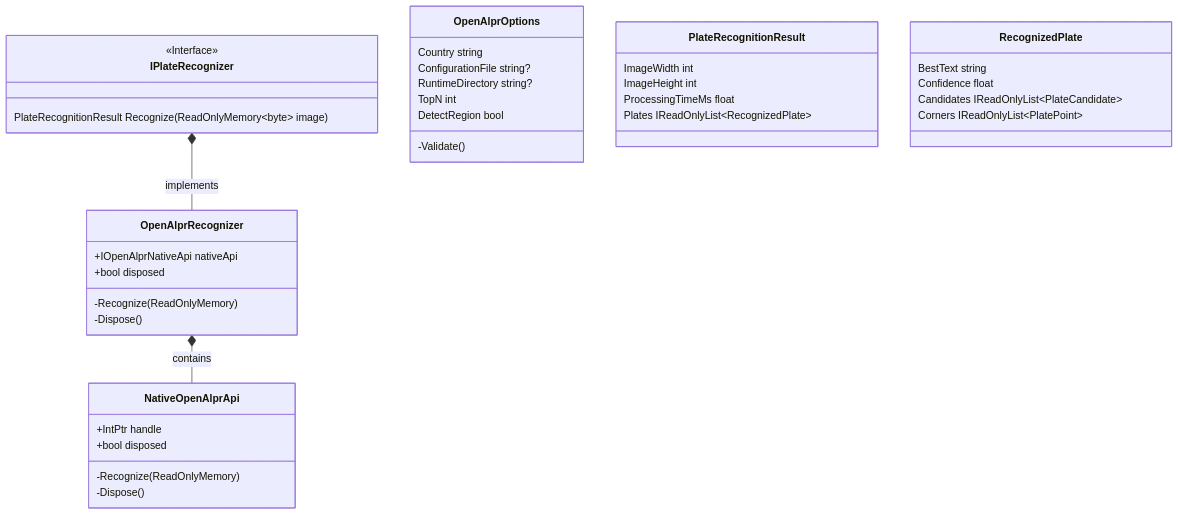
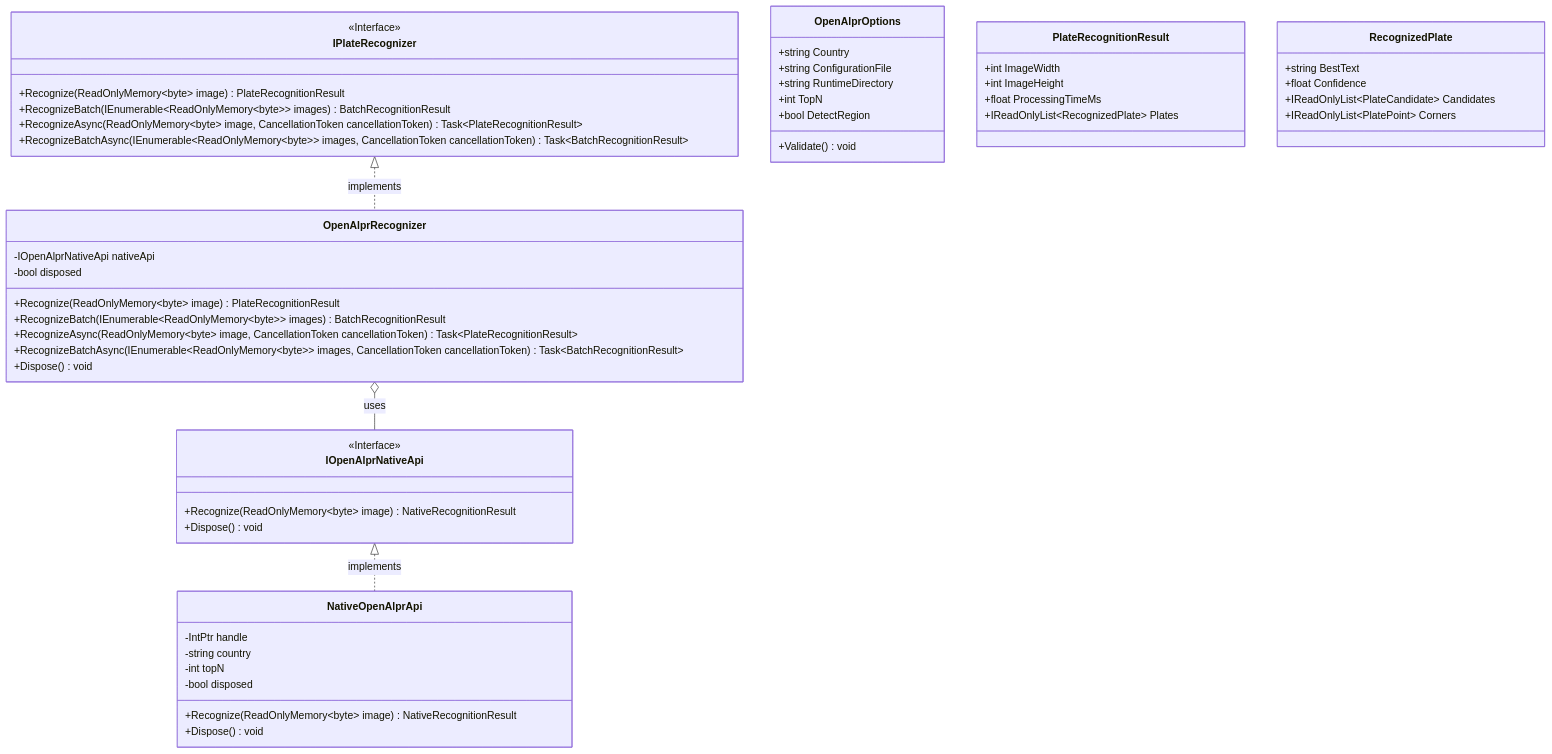
One commit to edward-hsu-1994/OpenAlprWrapper changed the first of 3 diagrams in docs/architecture.md. Above: the diagram before and after it, drawn with Mermaid. The commit also changed other lines of this file and 9 other files, not shown here.

````diff
--- a/docs/architecture.md
+++ b/docs/architecture.md
@@ -11,47 +11,62 @@
 ```mermaid
 classDiagram
     class IPlateRecognizer {
         <<Interface>>
-        PlateRecognitionResult Recognize(ReadOnlyMemory~byte~ image)
+        +Recognize(ReadOnlyMemory~byte~ image) PlateRecognitionResult
+        +RecognizeBatch(IEnumerable~ReadOnlyMemory~byte~~ images) BatchRecognitionResult
+        +RecognizeAsync(ReadOnlyMemory~byte~ image, CancellationToken cancellationToken) Task~PlateRecognitionResult~
+        +RecognizeBatchAsync(IEnumerable~ReadOnlyMemory~byte~~ images, CancellationToken cancellationToken) Task~BatchRecognitionResult~
     }
     
     class OpenAlprRecognizer {
-        +IOpenAlprNativeApi nativeApi
-        +bool disposed
-        -Recognize(ReadOnlyMemory<byte>)
-        -Dispose()
+        -IOpenAlprNativeApi nativeApi
+        -bool disposed
+        +Recognize(ReadOnlyMemory~byte~ image) PlateRecognitionResult
+        +RecognizeBatch(IEnumerable~ReadOnlyMemory~byte~~ images) BatchRecognitionResult
+        +RecognizeAsync(ReadOnlyMemory~byte~ image, CancellationToken cancellationToken) Task~PlateRecognitionResult~
+        +RecognizeBatchAsync(IEnumerable~ReadOnlyMemory~byte~~ images, CancellationToken cancellationToken) Task~BatchRecognitionResult~
+        +Dispose() void
     }
     
+    class IOpenAlprNativeApi {
+        <<Interface>>
+        +Recognize(ReadOnlyMemory~byte~ image) NativeRecognitionResult
+        +Dispose() void
+    }
+
     class NativeOpenAlprApi {
-        +IntPtr handle
-        +bool disposed
-        -Recognize(ReadOnlyMemory<byte>)
-        -Dispose()
+        -IntPtr handle
+        -string country
+        -int topN
+        -bool disposed
+        +Recognize(ReadOnlyMemory~byte~ image) NativeRecognitionResult
+        +Dispose() void
     }
     
     class OpenAlprOptions {
-        Country string
-        ConfigurationFile string?
-        RuntimeDirectory string?
-        TopN int
-        DetectRegion bool
-        -Validate()
+        +string Country
+        +string ConfigurationFile
+        +string RuntimeDirectory
+        +int TopN
+        +bool DetectRegion
+        +Validate() void
     }
     
     class PlateRecognitionResult {
-        ImageWidth int
-        ImageHeight int
-        ProcessingTimeMs float
-        Plates IReadOnlyList~RecognizedPlate~
+        +int ImageWidth
+        +int ImageHeight
+        +float ProcessingTimeMs
+        +IReadOnlyList~RecognizedPlate~ Plates
     }
     
     class RecognizedPlate {
-        BestText string
-        Confidence float
-        Candidates IReadOnlyList~PlateCandidate~
-        Corners IReadOnlyList~PlatePoint~
+        +string BestText
+        +float Confidence
+        +IReadOnlyList~PlateCandidate~ Candidates
+        +IReadOnlyList~PlatePoint~ Corners
     }
     
-    IPlateRecognizer *-- OpenAlprRecognizer : implements
-    OpenAlprRecognizer *-- NativeOpenAlprApi : contains
+    IPlateRecognizer <|.. OpenAlprRecognizer : implements
+    IOpenAlprNativeApi <|.. NativeOpenAlprApi : implements
+    OpenAlprRecognizer o-- IOpenAlprNativeApi : uses
 ```
````
